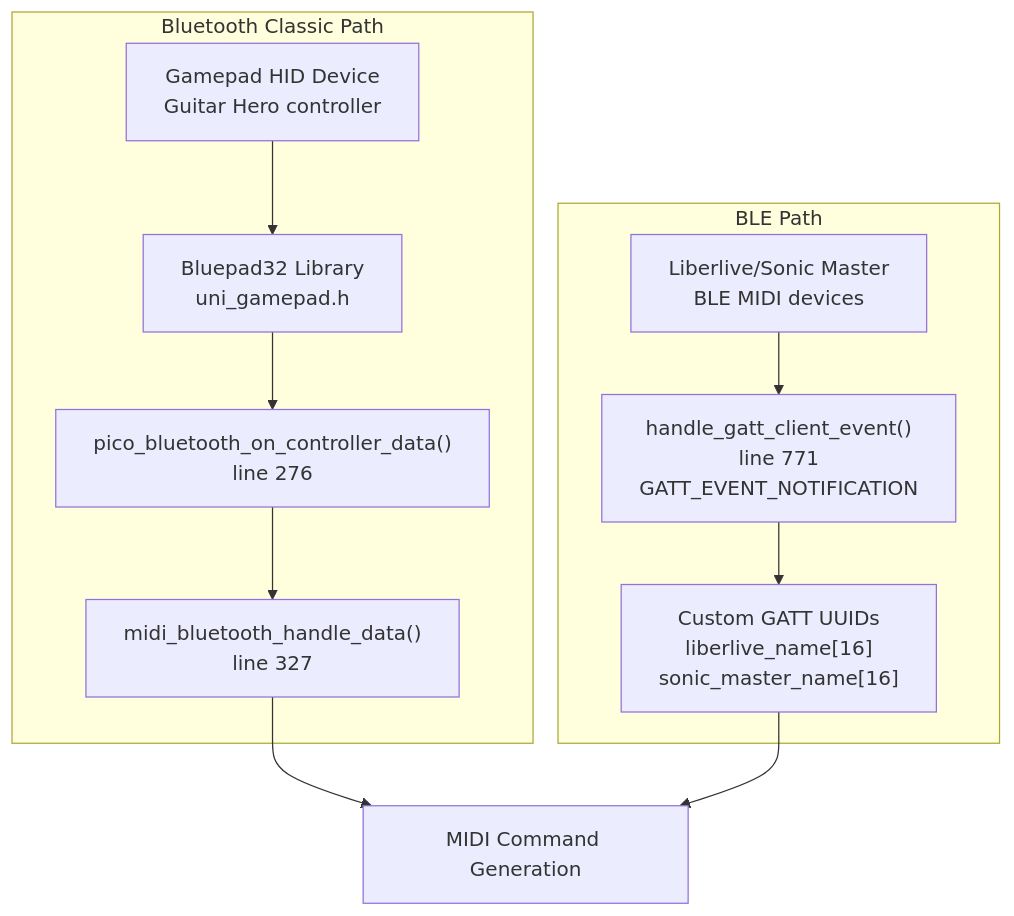
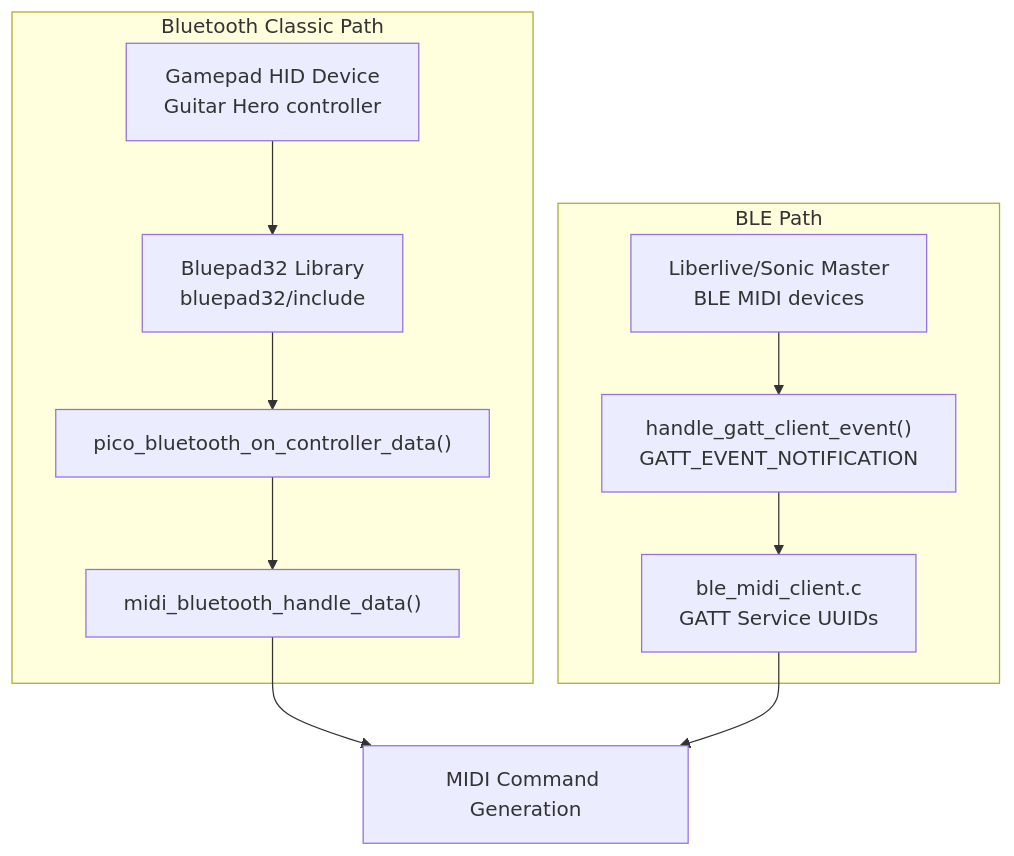
Before and after one commit to Jus-Be/orinayo-pico: the second of 6 diagrams in wiki/3-architecture.md, drawn with Mermaid. The commit also changed other lines of this file and 42 other files, not shown here.

````diff
--- a/wiki/3-architecture.md
+++ b/wiki/3-architecture.md
@@ -108,33 +108,33 @@
 ```mermaid
 flowchart TD
 
 GamepadHID["Gamepad HID Device<br>Guitar Hero controller"]
-Bluepad32Lib["Bluepad32 Library<br>uni_gamepad.h"]
-OnController["pico_bluetooth_on_controller_data()<br>line 276"]
-HandleData["midi_bluetooth_handle_data()<br>line 327"]
+Bluepad32Lib["Bluepad32 Library<br>bluepad32/include"]
+OnController["pico_bluetooth_on_controller_data()"]
+HandleData["midi_bluetooth_handle_data()"]
 BLEDevice["Liberlive/Sonic Master<br>BLE MIDI devices"]
-GATTNotify["handle_gatt_client_event()<br>line 771<br>GATT_EVENT_NOTIFICATION"]
-CustomUUID["Custom GATT UUIDs<br>liberlive_name[16]<br>sonic_master_name[16]"]
+GATTNotify["handle_gatt_client_event()<br>GATT_EVENT_NOTIFICATION"]
+CustomUUID["ble_midi_client.c<br>GATT Service UUIDs"]
 MIDIGen["MIDI Command Generation"]
 
 HandleData --> MIDIGen
 CustomUUID --> MIDIGen
 
 subgraph BLE ["BLE Path"]
     BLEDevice
     GATTNotify
     CustomUUID
     BLEDevice --> GATTNotify
     GATTNotify --> CustomUUID
 end
 
 subgraph Classic ["Bluetooth Classic Path"]
     GamepadHID
     Bluepad32Lib
     OnController
     HandleData
     GamepadHID --> Bluepad32Lib
     Bluepad32Lib --> OnController
     OnController --> HandleData
 end
 ```
````
